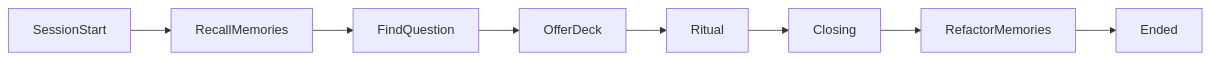
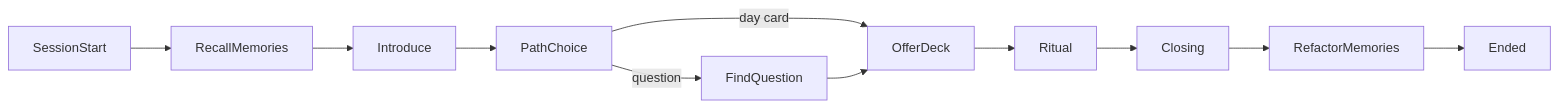
One commit to 51ck/prophet changed the diagram in spec/memory.md. Above: the diagram before and after it, drawn with Mermaid. The commit also changed other lines of this file and 9 other files, not shown here.

First line of the commit message:
docs(spec): spreads catalog + day/question path

````diff
--- a/spec/memory.md
+++ b/spec/memory.md
@@ -9,10 +9,13 @@
 ```mermaid
 flowchart LR
   start[SessionStart] --> recall[RecallMemories]
-  recall --> intake[FindQuestion]
-  intake --> offer[OfferDeck]
+  recall --> intro[Introduce]
+  intro --> path[PathChoice]
+  path -->|day card| offer[OfferDeck]
+  path -->|question| intake[FindQuestion]
+  intake --> offer
   offer --> ritual[Ritual]
   ritual --> close[Closing]
   close --> refactor[RefactorMemories]
   refactor --> endNode[Ended]
 ```
````
